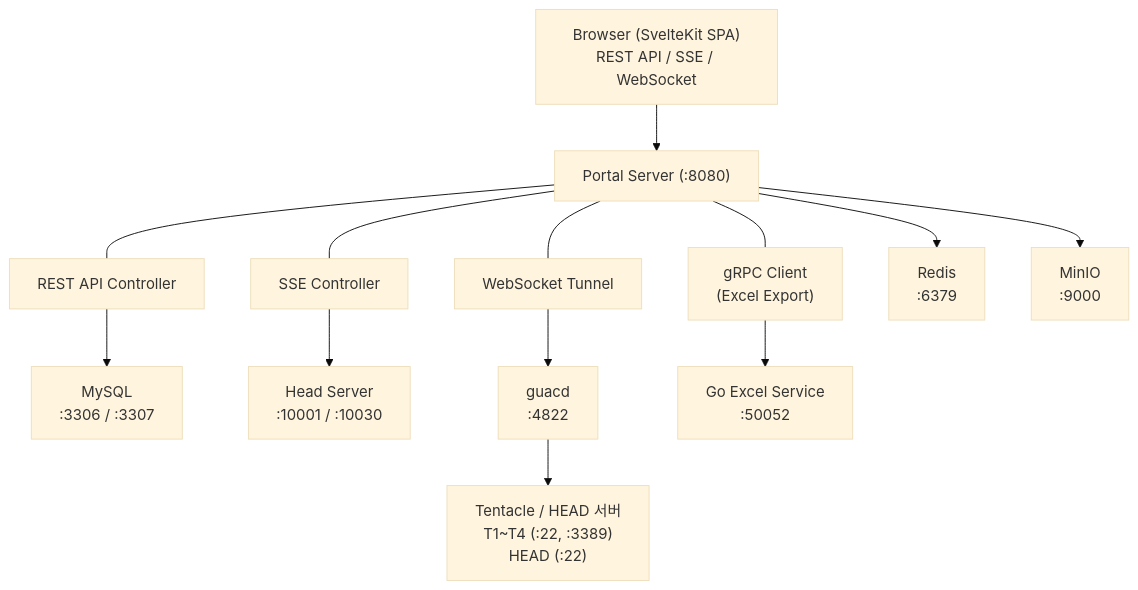
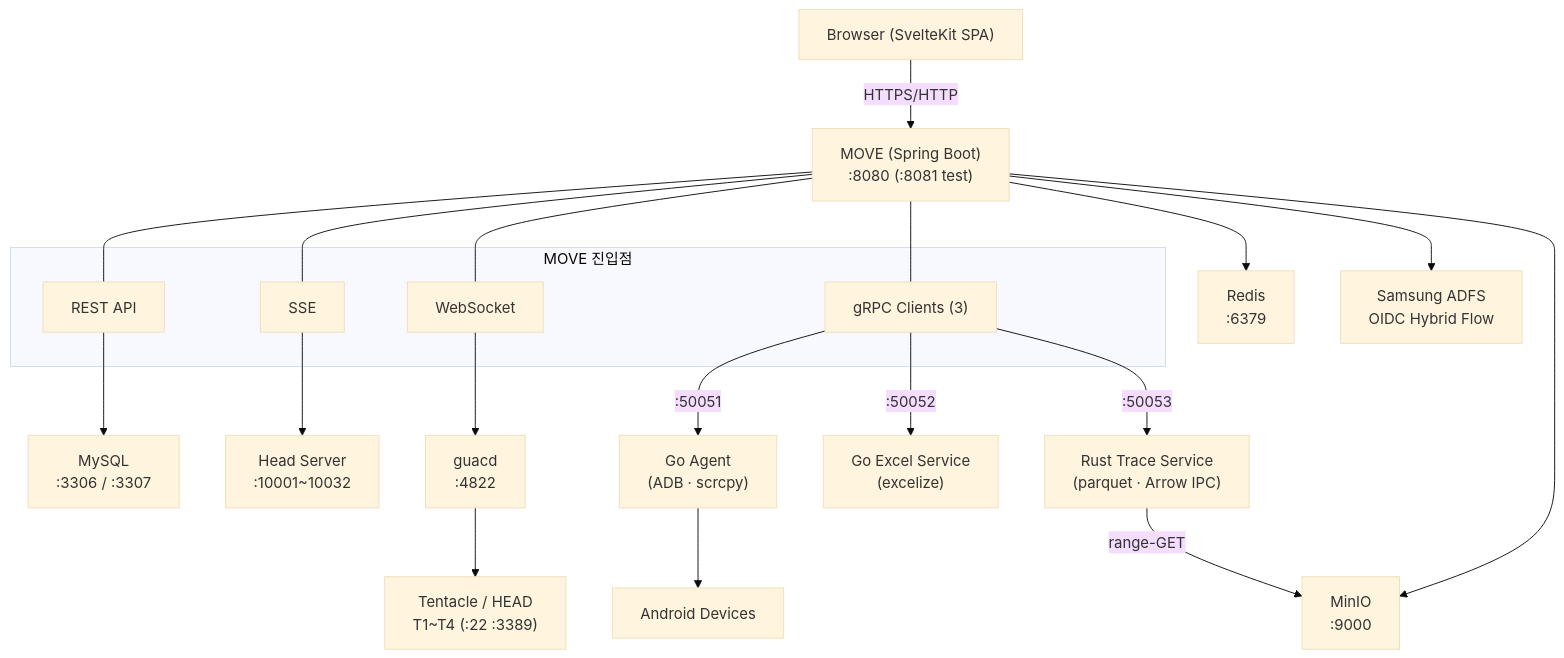
One commit to kakaromo/kakaromo.github.io changed the diagram in src/content/docs/reference/infrastructure.md. Above: the diagram before and after it, drawn with Mermaid (base theme). The commit also changed other lines of this file and 4 other files, not shown here.

````diff
--- a/src/content/docs/reference/infrastructure.md
+++ b/src/content/docs/reference/infrastructure.md
@@ -30,25 +30,34 @@
 ```mermaid
 flowchart TD
-    Browser["Browser (SvelteKit SPA)<br/>REST API / SSE / WebSocket"]
-    Portal["Portal Server (:8080)"]
-    REST["REST API Controller"]
-    SSE["SSE Controller"]
-    WS["WebSocket Tunnel"]
-    GRPC["gRPC Client<br/>(Excel Export)"]
+    Browser["Browser (SvelteKit SPA)"]
+    Portal["MOVE (Spring Boot)<br/>:8080 (:8081 test)"]
 
-    Browser --> Portal
+    subgraph Portal_internal ["MOVE 진입점"]
+        REST["REST API"]
+        SSE["SSE"]
+        WS["WebSocket"]
+        GRPC3["gRPC Clients (3)"]
+    end
+
+    Browser -->|HTTPS/HTTP| Portal
     Portal --- REST
     Portal --- SSE
     Portal --- WS
-    Portal --- GRPC
+    Portal --- GRPC3
 
     REST --> MySQL["MySQL<br/>:3306 / :3307"]
-    SSE --> Head["Head Server<br/>:10001 / :10030"]
+    SSE --> Head["Head Server<br/>:10001~10032"]
     WS --> guacd["guacd<br/>:4822"]
-    GRPC --> Excel["Go Excel Service<br/>:50052"]
 
-    guacd --> Tentacle["Tentacle / HEAD 서버<br/>T1~T4 (:22, :3389)<br/>HEAD (:22)"]
+    GRPC3 -->|":50051"| Agent["Go Agent<br/>(ADB · scrcpy)"]
+    GRPC3 -->|":50052"| Excel["Go Excel Service<br/>(excelize)"]
+    GRPC3 -->|":50053"| Trace["Rust Trace Service<br/>(parquet · Arrow IPC)"]
+
+    guacd --> Tentacle["Tentacle / HEAD<br/>T1~T4 (:22 :3389)"]
+    Agent --> Android["Android Devices"]
+    Trace -->|range-GET| MinIO["MinIO<br/>:9000"]
 
     Portal --> Redis["Redis<br/>:6379"]
-    Portal --> MinIO["MinIO<br/>:9000"]
+    Portal --> MinIO
+    Portal --> ADFS["Samsung ADFS<br/>OIDC Hybrid Flow"]
 ```
````
